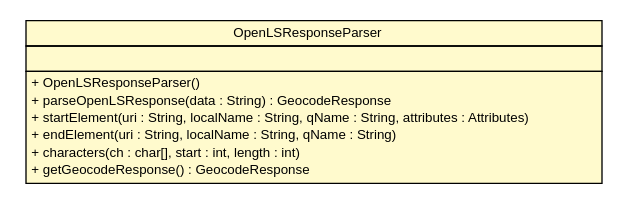
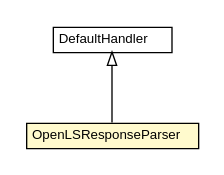
The diagram in apidocs/nl/geozet/openls/parser/OpenLSResponseParser.dot (geozet/openls-databinding), drawn with Graphviz before and after one commit. The commit also changed 186 other files, not shown here.

```diff
--- a/apidocs/nl/geozet/openls/parser/OpenLSResponseParser.dot
+++ b/apidocs/nl/geozet/openls/parser/OpenLSResponseParser.dot
@@ -1,29 +1,26 @@
 #!/usr/local/bin/dot
 #
 # Class diagram 
 # Generated by UMLGraph version R5_6-24-gf6e263 (http://www.umlgraph.org/)
 #
 
 digraph G {
 	edge [fontname="Helvetica",fontsize=10,labelfontname="Helvetica",labelfontsize=10];
 	node [fontname="Helvetica",fontsize=10,shape=plaintext];
 	nodesep=0.25;
 	ranksep=0.5;
 	// nl.geozet.openls.parser.OpenLSResponseParser
-	c261 [label=<<table title="nl.geozet.openls.parser.OpenLSResponseParser" border="0" cellborder="1" cellspacing="0" cellpadding="2" port="p" bgcolor="lemonChiffon" href="./OpenLSResponseParser.html">
+	c259 [label=<<table title="nl.geozet.openls.parser.OpenLSResponseParser" border="0" cellborder="1" cellspacing="0" cellpadding="2" port="p" bgcolor="lemonChiffon" href="./OpenLSResponseParser.html">
 		<tr><td><table border="0" cellspacing="0" cellpadding="1">
 <tr><td align="center" balign="center"> OpenLSResponseParser </td></tr>
 		</table></td></tr>
+		</table>>, URL="./OpenLSResponseParser.html", fontname="Helvetica", fontcolor="black", fontsize=10.0];
+	//nl.geozet.openls.parser.OpenLSResponseParser extends org.xml.sax.helpers.DefaultHandler
+	c261:p -> c259:p [dir=back,arrowtail=empty];
+	// org.xml.sax.helpers.DefaultHandler
+	c261 [label=<<table title="org.xml.sax.helpers.DefaultHandler" border="0" cellborder="1" cellspacing="0" cellpadding="2" port="p">
 		<tr><td><table border="0" cellspacing="0" cellpadding="1">
-<tr><td align="left" balign="left">  </td></tr>
+<tr><td align="center" balign="center"> DefaultHandler </td></tr>
 		</table></td></tr>
-		<tr><td><table border="0" cellspacing="0" cellpadding="1">
-<tr><td align="left" balign="left"> + OpenLSResponseParser() </td></tr>
-<tr><td align="left" balign="left"> + parseOpenLSResponse(data : String) : GeocodeResponse </td></tr>
-<tr><td align="left" balign="left"> + startElement(uri : String, localName : String, qName : String, attributes : Attributes) </td></tr>
-<tr><td align="left" balign="left"> + endElement(uri : String, localName : String, qName : String) </td></tr>
-<tr><td align="left" balign="left"> + characters(ch : char[], start : int, length : int) </td></tr>
-<tr><td align="left" balign="left"> + getGeocodeResponse() : GeocodeResponse </td></tr>
-		</table></td></tr>
-		</table>>, URL="./OpenLSResponseParser.html", fontname="Helvetica", fontcolor="black", fontsize=10.0];
+		</table>>, URL="null", fontname="Helvetica", fontcolor="black", fontsize=10.0];
 }
```
